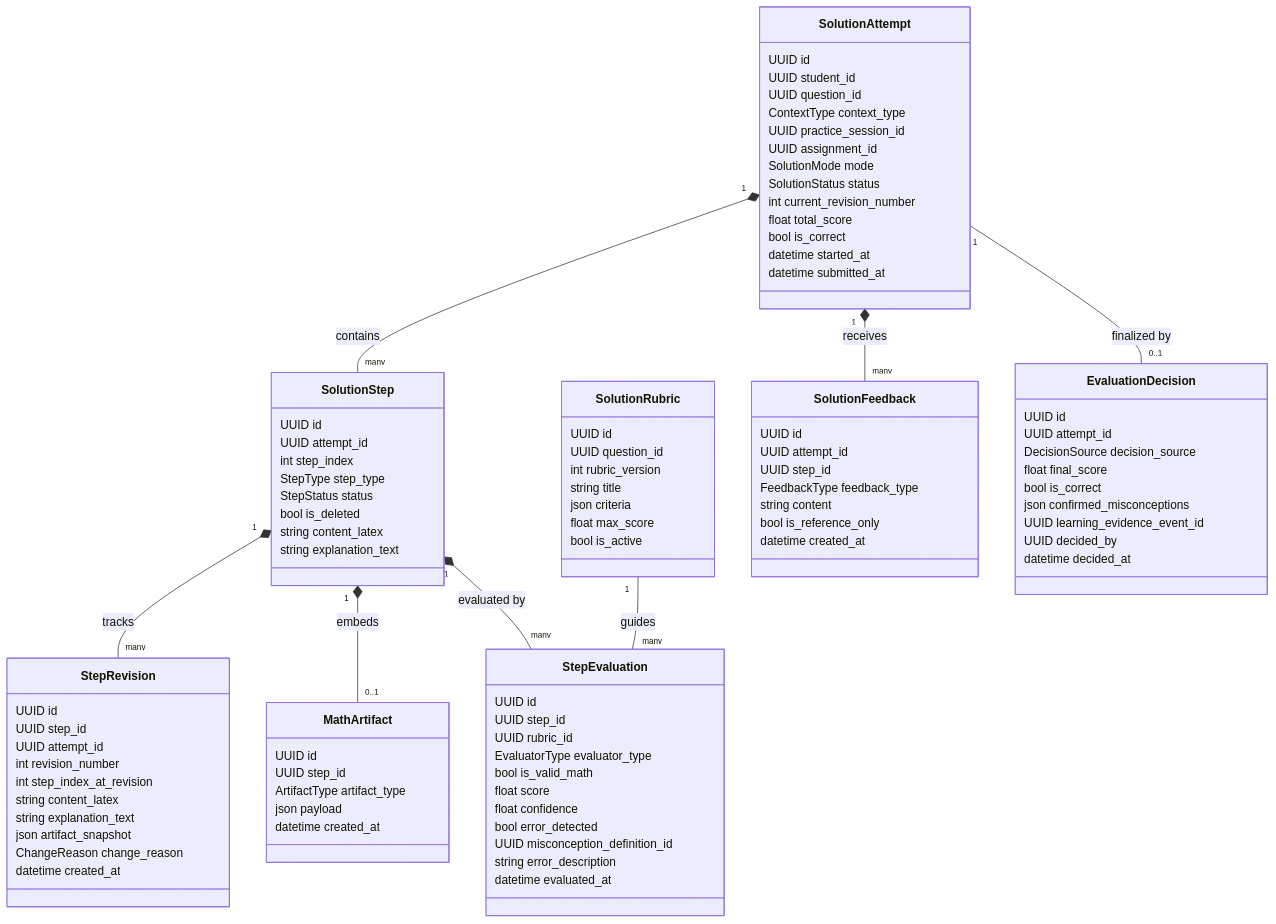
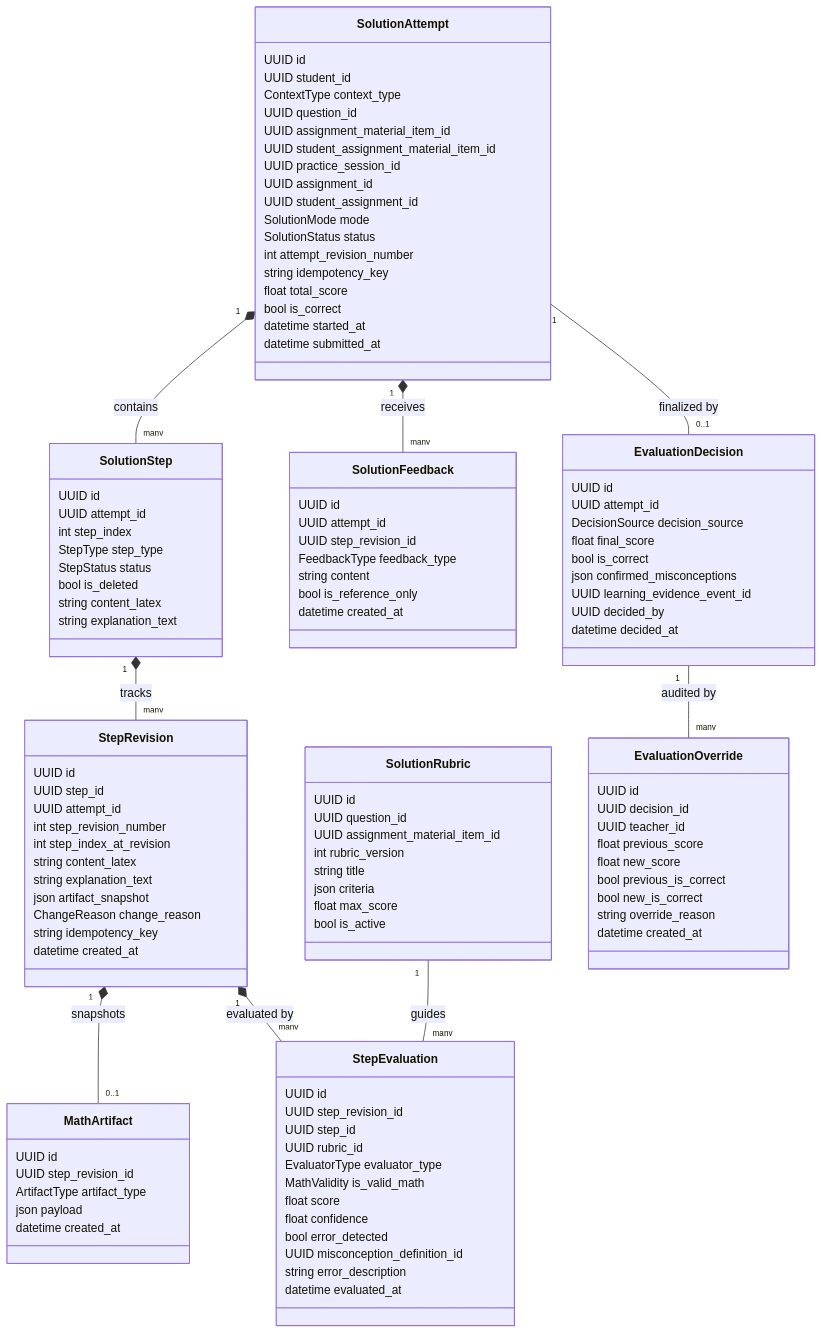
Before and after one commit to Phat-le2005/Coach_Learning: the diagram in docs/step_solution/SOLUTION_ENGINE_DESIGN.md, drawn with Mermaid. The commit also changed other lines of this file and 6 other files, not shown here.

Commit message:
docs(architecture): correct step solution contracts and evidence model

````diff
--- a/docs/step_solution/SOLUTION_ENGINE_DESIGN.md
+++ b/docs/step_solution/SOLUTION_ENGINE_DESIGN.md
@@ -29,13 +34,17 @@
     class SolutionAttempt {
         UUID id
         UUID student_id
+        ContextType context_type
         UUID question_id
-        ContextType context_type
+        UUID assignment_material_item_id
+        UUID student_assignment_material_item_id
         UUID practice_session_id
         UUID assignment_id
+        UUID student_assignment_id
         SolutionMode mode
         SolutionStatus status
-        int current_revision_number
+        int attempt_revision_number
+        string idempotency_key
         float total_score
         bool is_correct
         datetime started_at
@@ -57,18 +66,19 @@
         UUID id
         UUID step_id
         UUID attempt_id
-        int revision_number
+        int step_revision_number
         int step_index_at_revision
         string content_latex
         string explanation_text
         json artifact_snapshot
         ChangeReason change_reason
+        string idempotency_key
         datetime created_at
     }
 
     class MathArtifact {
         UUID id
-        UUID step_id
+        UUID step_revision_id
         ArtifactType artifact_type
         json payload
         datetime created_at
@@ -77,6 +87,7 @@
     class SolutionRubric {
         UUID id
         UUID question_id
+        UUID assignment_material_item_id
         int rubric_version
         string title
         json criteria
@@ -86,10 +97,11 @@
 
     class StepEvaluation {
         UUID id
+        UUID step_revision_id
         UUID step_id
         UUID rubric_id
         EvaluatorType evaluator_type
-        bool is_valid_math
+        MathValidity is_valid_math
         float score
         float confidence
         bool error_detected
@@ -101,7 +113,7 @@
     class SolutionFeedback {
         UUID id
         UUID attempt_id
-        UUID step_id
+        UUID step_revision_id
         FeedbackType feedback_type
         string content
         bool is_reference_only
@@ -120,11 +132,24 @@
         datetime decided_at
     }
 
+    class EvaluationOverride {
+        UUID id
+        UUID decision_id
+        UUID teacher_id
+        float previous_score
+        float new_score
+        bool previous_is_correct
+        bool new_is_correct
+        string override_reason
+        datetime created_at
+    }
+
     SolutionAttempt "1" *-- "many" SolutionStep : contains
     SolutionStep "1" *-- "many" StepRevision : tracks
-    SolutionStep "1" *-- "0..1" MathArtifact : embeds
-    SolutionStep "1" *-- "many" StepEvaluation : evaluated by
+    StepRevision "1" *-- "0..1" MathArtifact : snapshots
+    StepRevision "1" *-- "many" StepEvaluation : evaluated by
     SolutionAttempt "1" *-- "many" SolutionFeedback : receives
     SolutionAttempt "1" -- "0..1" EvaluationDecision : finalized by
+    EvaluationDecision "1" -- "many" EvaluationOverride : audited by
     SolutionRubric "1" -- "many" StepEvaluation : guides
 ```
````
